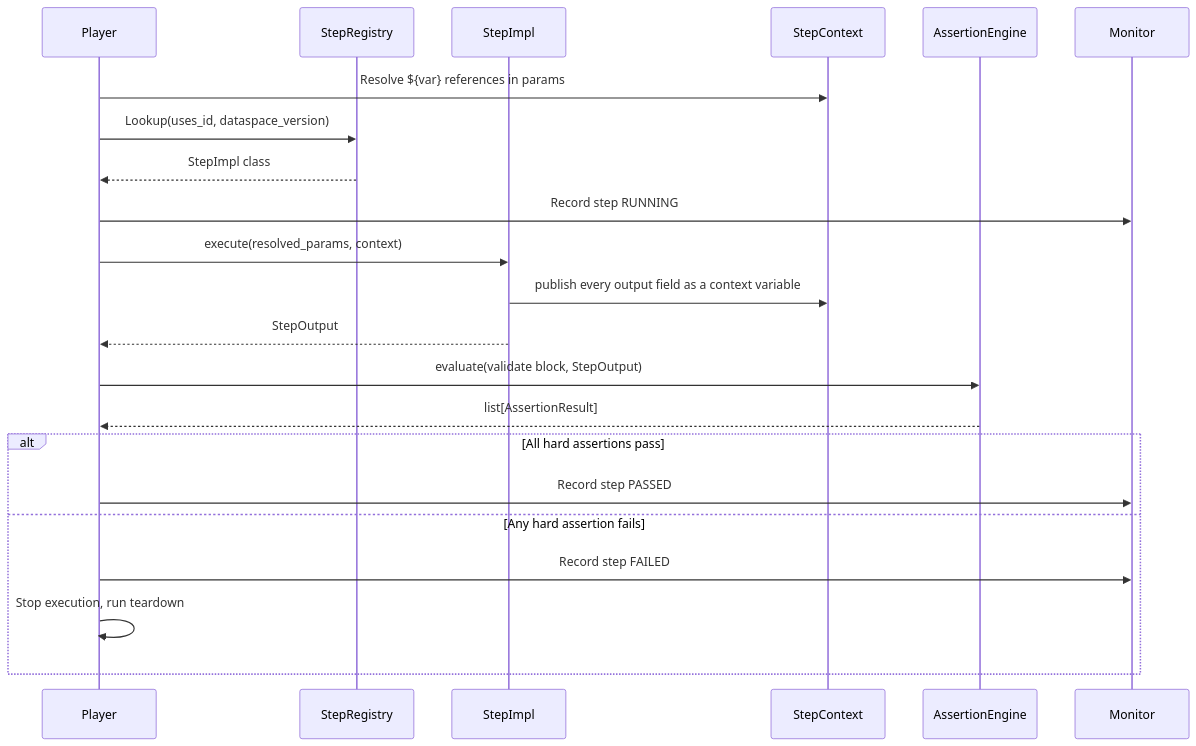
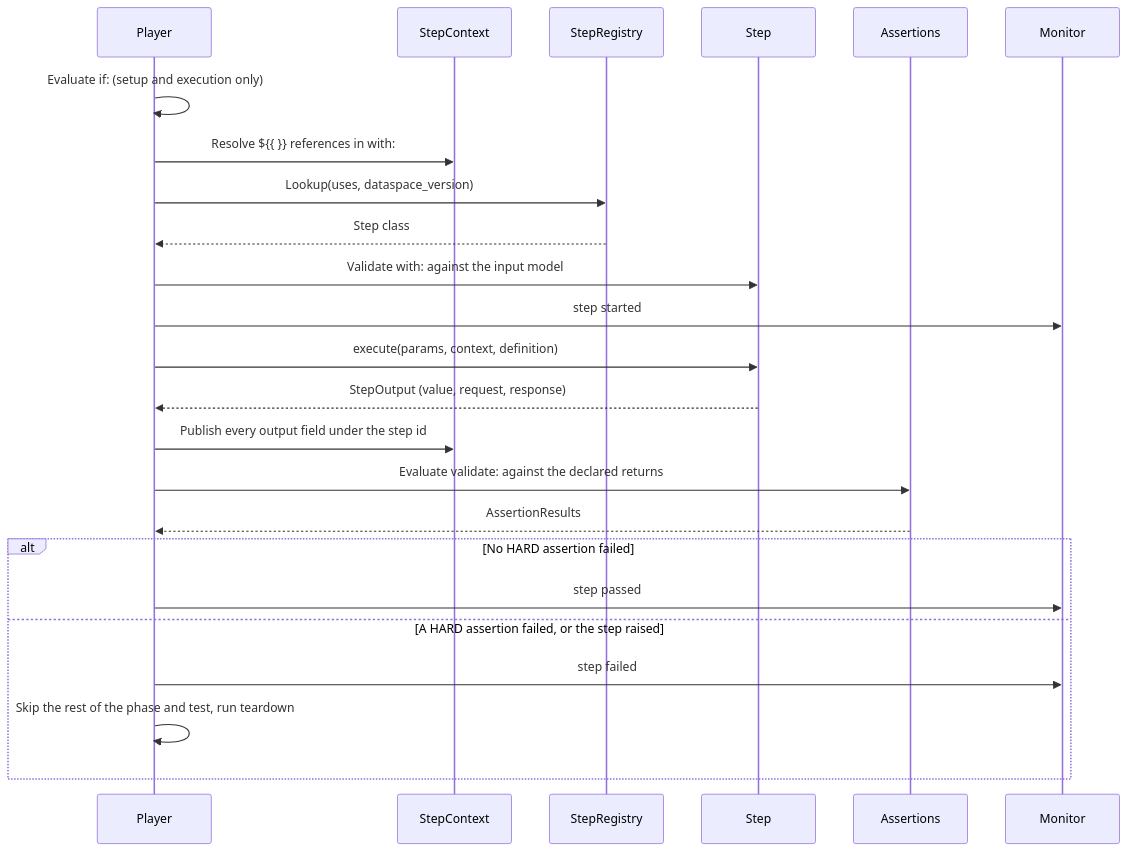
Before and after one commit to eclipse-tractusx/tractusx-testlab: the third of 8 diagrams in docs/specification/specification/concepts.md, drawn with Mermaid. The commit also changed other lines of this file and 155 other files, not shown here.

````diff
--- a/docs/specification/specification/concepts.md
+++ b/docs/specification/specification/concepts.md
@@ -128,25 +116,27 @@
 ```mermaid
 sequenceDiagram
     participant P as Player
+    participant C as StepContext
     participant R as StepRegistry
-    participant S as StepImpl
-    participant C as StepContext
-    participant A as AssertionEngine
+    participant S as Step
+    participant A as Assertions
     participant M as Monitor
 
-    P->>C: Resolve ${var} references in params
-    P->>R: Lookup(uses_id, dataspace_version)
-    R-->>P: StepImpl class
-    P->>M: Record step RUNNING
-    P->>S: execute(resolved_params, context)
-    S->>C: publish every output field as a context variable
-    S-->>P: StepOutput
-    P->>A: evaluate(validate block, StepOutput)
-    A-->>P: list[AssertionResult]
-    alt All hard assertions pass
-        P->>M: Record step PASSED
-    else Any hard assertion fails
-        P->>M: Record step FAILED
-        P->>P: Stop execution, run teardown
+    P->>P: Evaluate if: (setup and execution only)
+    P->>C: Resolve ${{ }} references in with:
+    P->>R: Lookup(uses, dataspace_version)
+    R-->>P: Step class
+    P->>S: Validate with: against the input model
+    P->>M: step started
+    P->>S: execute(params, context, definition)
+    S-->>P: StepOutput (value, request, response)
+    P->>C: Publish every output field under the step id
+    P->>A: Evaluate validate: against the declared returns
+    A-->>P: AssertionResults
+    alt No HARD assertion failed
+        P->>M: step passed
+    else A HARD assertion failed, or the step raised
+        P->>M: step failed
+        P->>P: Skip the rest of the phase and test, run teardown
     end
 ```
````
